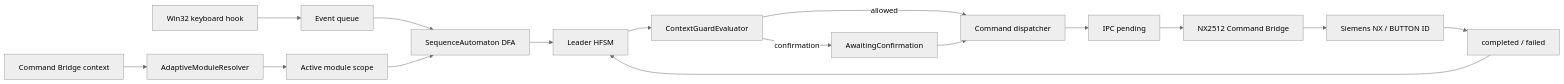
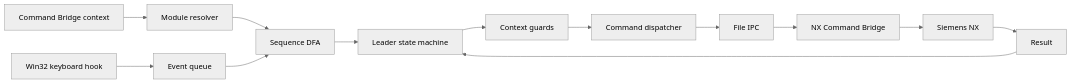
One commit to Homiakus/NXkeys changed the diagram in README.md. Above: the diagram before and after it, drawn with Mermaid (neutral theme). The commit also changed other lines of this file, not shown here.

````diff
--- a/README.md
+++ b/README.md
@@ -349,18 +201,15 @@
 ```mermaid
 flowchart LR
     Keyboard[Win32 keyboard hook] --> Queue[Event queue]
-    Context[Command Bridge context] --> Resolver[AdaptiveModuleResolver]
-    Resolver --> Scope[Active module scope]
-    Queue --> DFA[SequenceAutomaton DFA]
-    Scope --> DFA
-    DFA --> HFSM[Leader HFSM]
-    HFSM --> Guards[ContextGuardEvaluator]
-    Guards -->|confirmation| Confirm[AwaitingConfirmation]
-    Guards -->|allowed| Dispatch[Command dispatcher]
-    Confirm --> Dispatch
-    Dispatch --> Pending[IPC pending]
-    Pending --> Bridge[NX2512 Command Bridge]
-    Bridge --> NX[Siemens NX / BUTTON ID]
-    NX --> Result[completed / failed]
+    Context[Command Bridge context] --> Resolver[Module resolver]
+    Resolver --> DFA[Sequence DFA]
+    Queue --> DFA
+    DFA --> HFSM[Leader state machine]
+    HFSM --> Guards[Context guards]
+    Guards --> Dispatch[Command dispatcher]
+    Dispatch --> IPC[File IPC]
+    IPC --> Bridge[NX Command Bridge]
+    Bridge --> NX[Siemens NX]
+    NX --> Result[Result]
     Result --> HFSM
 ```
````
